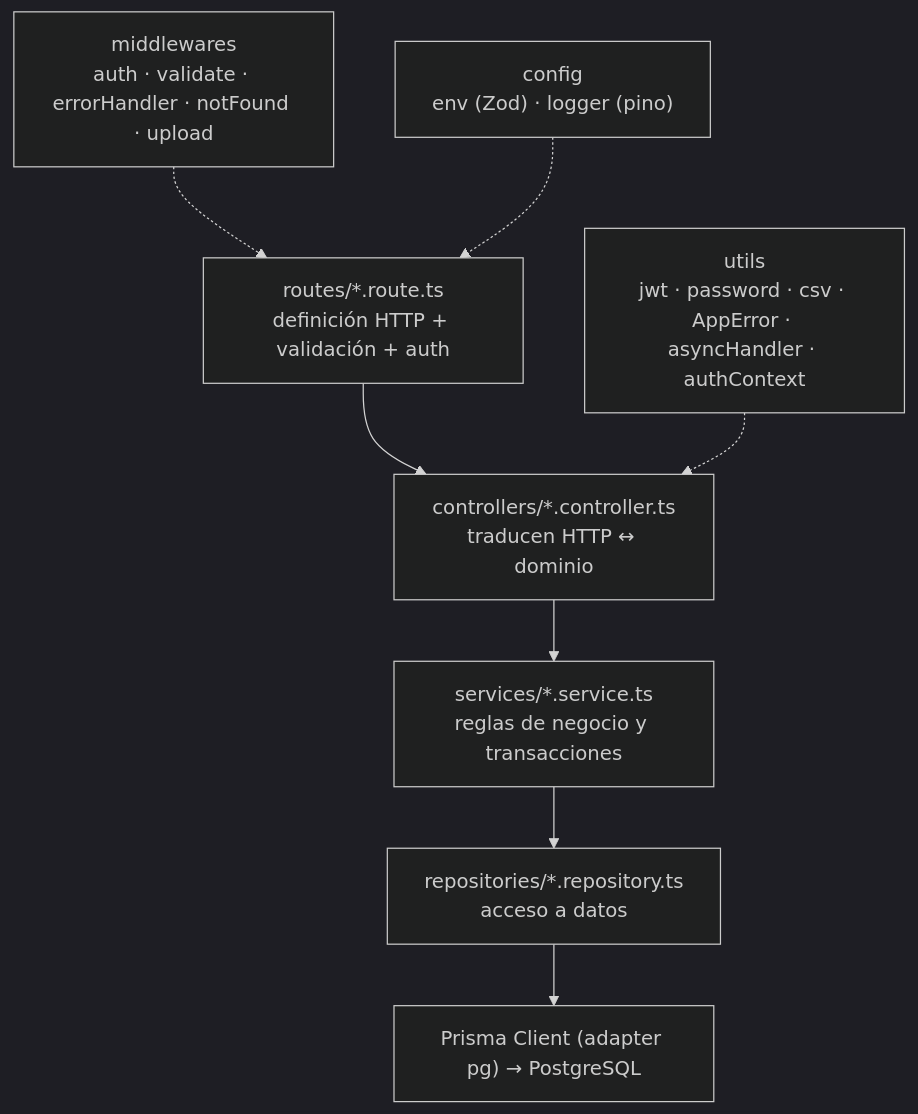
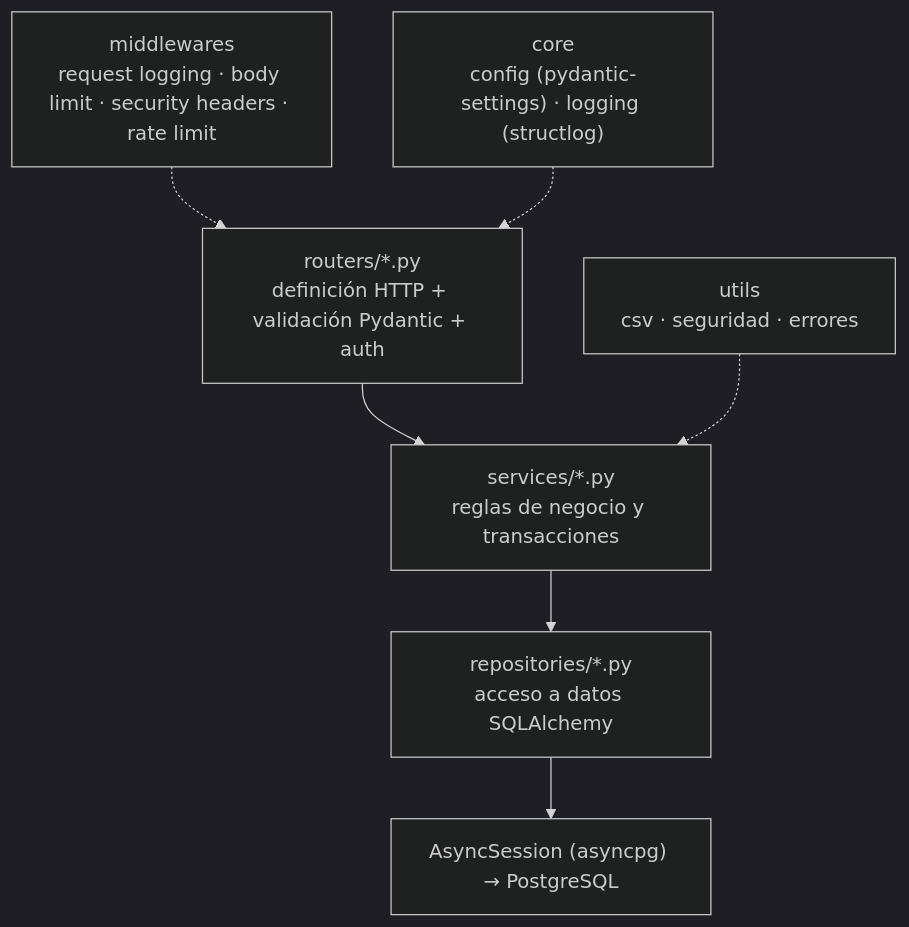
Before and after one commit to RobinsonAG1/Aplicacion-finanzas: the second of 5 diagrams in DOCUMENTACION.md, drawn with Mermaid (dark theme). The commit also changed other lines of this file and 3 other files, not shown here.

````diff
--- a/DOCUMENTACION.md
+++ b/DOCUMENTACION.md
@@ -131,10 +131,9 @@
 ```mermaid
 flowchart TD
-  R["routes/*.route.ts<br/>definición HTTP + validación + auth"] --> C["controllers/*.controller.ts<br/>traducen HTTP ↔ dominio"]
-  C --> S["services/*.service.ts<br/>reglas de negocio y transacciones"]
-  S --> RP["repositories/*.repository.ts<br/>acceso a datos"]
-  RP --> DB["Prisma Client (adapter pg) → PostgreSQL"]
-  MW["middlewares<br/>auth · validate · errorHandler · notFound · upload"] -.-> R
-  U["utils<br/>jwt · password · csv · AppError · asyncHandler · authContext"] -.-> C
-  CFG["config<br/>env (Zod) · logger (pino)"] -.-> R
+  R["routers/*.py<br/>definición HTTP + validación Pydantic + auth"] --> S["services/*.py<br/>reglas de negocio y transacciones"]
+  S --> RP["repositories/*.py<br/>acceso a datos SQLAlchemy"]
+  RP --> DB["AsyncSession (asyncpg) → PostgreSQL"]
+  MW["middlewares<br/>request logging · body limit · security headers · rate limit"] -.-> R
+  U["utils<br/>csv · seguridad · errores"] -.-> S
+  CFG["core<br/>config (pydantic-settings) · logging (structlog)"] -.-> R
 ```
````
